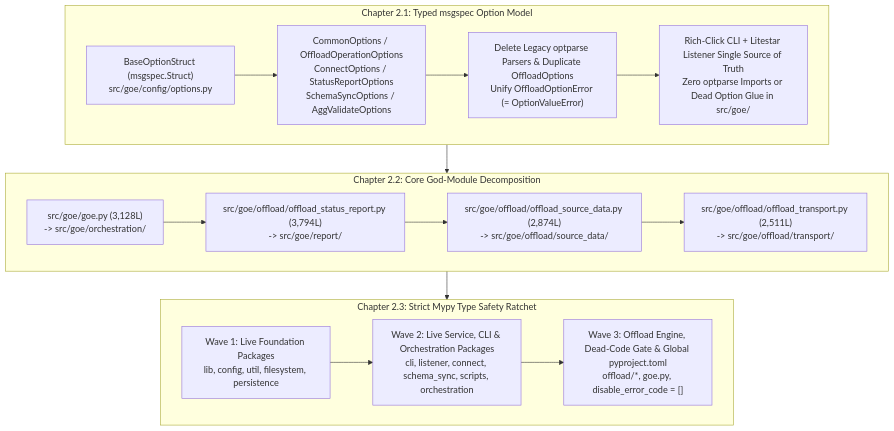
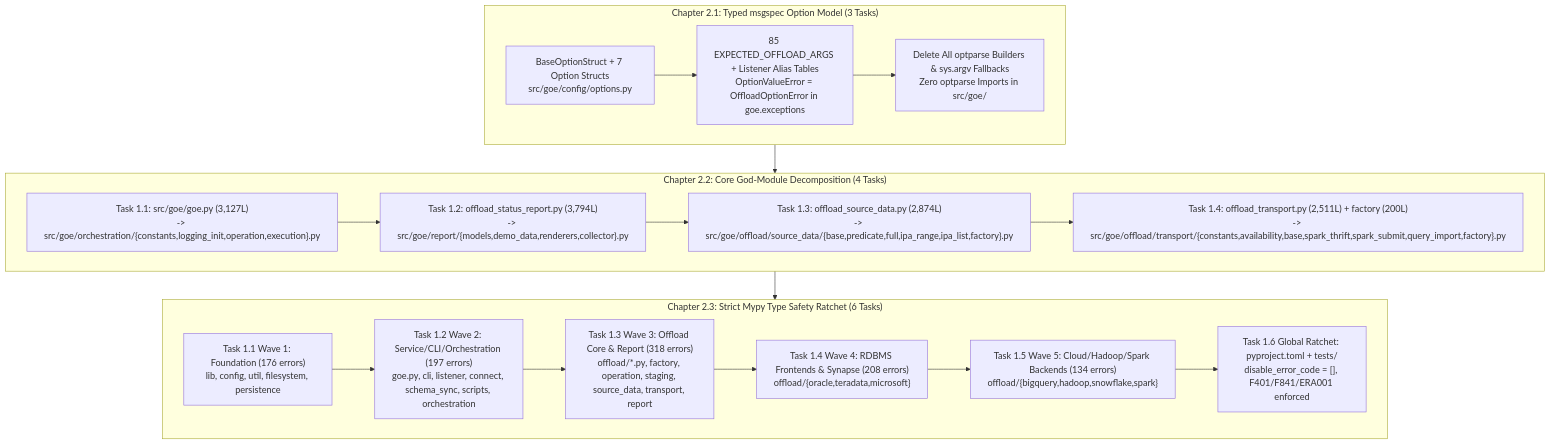
One commit to cofin/goe changed the diagram in .agents/bundles/specs/prd_02_core_typing_options_and_decomposition_20261010/spec.md. Above: the diagram before and after it, drawn with Mermaid. The commit also changed other lines of this file and 83 other files, not shown here.

Commit message:
docs(specs): refine Flow master PRDs and child flow worksheets to zero-ambiguity standard

````diff
--- a/.agents/bundles/specs/prd_02_core_typing_options_and_decomposition_20261010/spec.md
+++ b/.agents/bundles/specs/prd_02_core_typing_options_and_decomposition_20261010/spec.md
@@ -42,28 +49,30 @@
 ```mermaid
 flowchart TD
-    subgraph Ch2_1["Chapter 2.1: Typed msgspec Option Model"]
-        BaseOpt["BaseOptionStruct (msgspec.Struct)\nsrc/goe/config/options.py"]
-        DomainOpts["CommonOptions / OffloadOperationOptions\nConnectOptions / StatusReportOptions\nSchemaSyncOptions / AggValidateOptions"]
-        DeleteLegacy["Delete Legacy optparse Parsers & Duplicate OffloadOptions\nUnify OffloadOptionError (= OptionValueError)"]
-        Surfaces["Rich-Click CLI + Litestar Listener Single Source of Truth\nZero optparse Imports or Dead Option Glue in src/goe/"]
-        BaseOpt --> DomainOpts --> DeleteLegacy --> Surfaces
+    subgraph Ch2_1["Chapter 2.1: Typed msgspec Option Model (3 Tasks)"]
+        BaseOpt["BaseOptionStruct + 7 Option Structs\nsrc/goe/config/options.py"]
+        SharedKeys["85 EXPECTED_OFFLOAD_ARGS + Listener Alias Tables\nOptionValueError = OffloadOptionError in goe.exceptions"]
+        DeleteLegacy["Delete All optparse Builders & sys.argv Fallbacks\nZero optparse Imports in src/goe/"]
+        BaseOpt --> SharedKeys --> DeleteLegacy
     end
 
-    subgraph Ch2_2["Chapter 2.2: Core God-Module Decomposition"]
-        GoeDecomp["src/goe/goe.py (3,128L)\n-> src/goe/orchestration/"]
-        ReportDecomp["src/goe/offload/offload_status_report.py (3,794L)\n-> src/goe/report/"]
-        SourceDataDecomp["src/goe/offload/offload_source_data.py (2,874L)\n-> src/goe/offload/source_data/"]
-        TransportDecomp["src/goe/offload/offload_transport.py (2,511L)\n-> src/goe/offload/transport/"]
+    subgraph Ch2_2["Chapter 2.2: Core God-Module Decomposition (4 Tasks)"]
+        GoeDecomp["Task 1.1: src/goe/goe.py (3,127L)\n-> src/goe/orchestration/{constants,logging_init,operation,execution}.py"]
+        ReportDecomp["Task 1.2: offload_status_report.py (3,794L)\n-> src/goe/report/{models,demo_data,renderers,collector}.py"]
+        SourceDataDecomp["Task 1.3: offload_source_data.py (2,874L)\n-> src/goe/offload/source_data/{base,predicate,full,ipa_range,ipa_list,factory}.py"]
+        TransportDecomp["Task 1.4: offload_transport.py (2,511L) + factory (200L)\n-> src/goe/offload/transport/{constants,availability,base,spark_thrift,spark_submit,query_import,factory}.py"]
         GoeDecomp --> ReportDecomp --> SourceDataDecomp --> TransportDecomp
     end
 
-    subgraph Ch2_3["Chapter 2.3: Strict Mypy Type Safety Ratchet"]
-        Wave1["Wave 1: Live Foundation Packages\nlib, config, util, filesystem, persistence"]
-        Wave2["Wave 2: Live Service, CLI & Orchestration Packages\ncli, listener, connect, schema_sync, scripts, orchestration"]
-        Wave3["Wave 3: Offload Engine, Dead-Code Gate & Global pyproject.toml\noffload/*, goe.py, disable_error_code = []"]
-        Wave1 --> Wave2 --> Wave3
+    subgraph Ch2_3["Chapter 2.3: Strict Mypy Type Safety Ratchet (6 Tasks)"]
+        Wave1["Task 1.1 Wave 1: Foundation (176 errors)\nlib, config, util, filesystem, persistence"]
+        Wave2["Task 1.2 Wave 2: Service/CLI/Orchestration (197 errors)\ngoe.py, cli, listener, connect, schema_sync, scripts, orchestration"]
+        Wave3["Task 1.3 Wave 3: Offload Core & Report (318 errors)\noffload/*.py, factory, operation, staging, source_data, transport, report"]
+        Wave4["Task 1.4 Wave 4: RDBMS Frontends & Synapse (208 errors)\noffload/{oracle,teradata,microsoft}"]
+        Wave5["Task 1.5 Wave 5: Cloud/Hadoop/Spark Backends (134 errors)\noffload/{bigquery,hadoop,snowflake,spark}"]
+        Wave6["Task 1.6 Global Ratchet: pyproject.toml + tests/\ndisable_error_code = [], F401/F841/ERA001 enforced"]
+        Wave1 --> Wave2 --> Wave3 --> Wave4 --> Wave5 --> Wave6
     end
 
     Ch2_1 --> Ch2_2
     Ch2_2 --> Ch2_3
 ```
````
